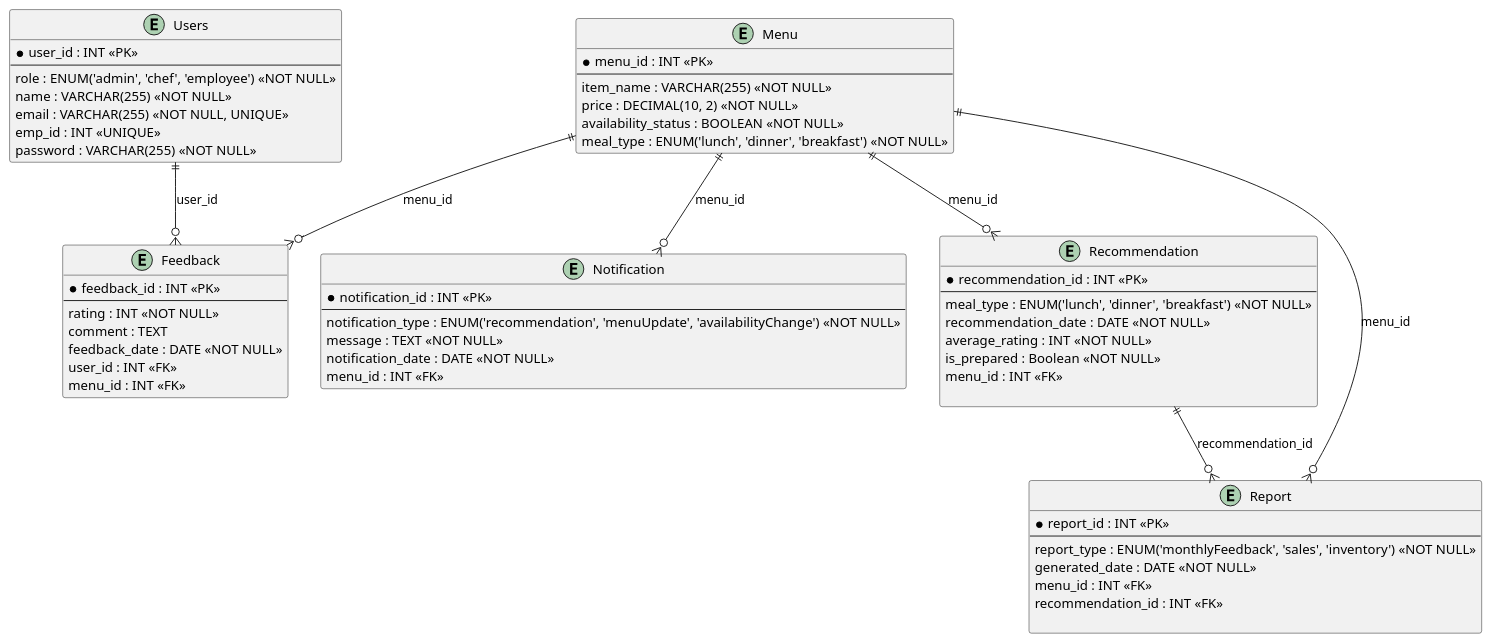
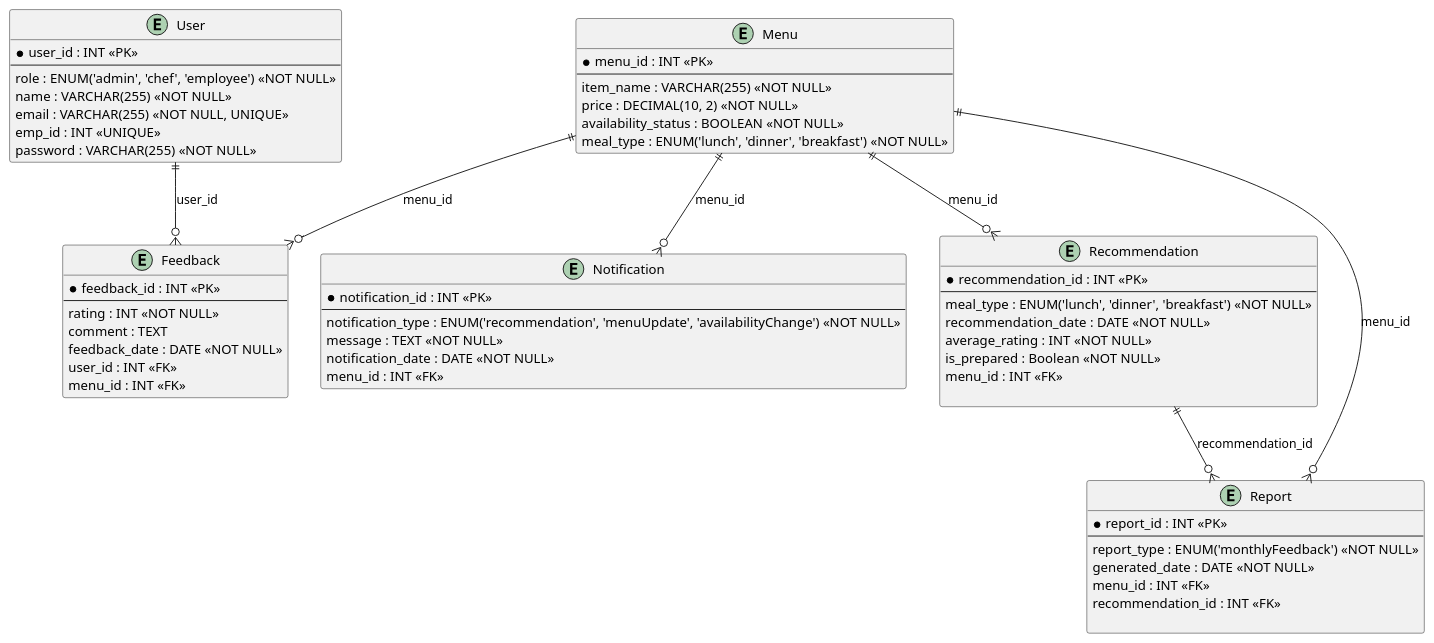
One commit to kaushik73/cafeteria-management-system changed the diagram in diagrams/erDiagram.puml. Above: the diagram before and after it, drawn with PlantUML. The commit also changed 24 other files, not shown here.

```diff
--- a/diagrams/erDiagram.puml
+++ b/diagrams/erDiagram.puml
@@ -1,67 +1,67 @@
 @startuml
-entity Users {
+entity User {
     * user_id : INT <<PK>>
     --
     role : ENUM('admin', 'chef', 'employee') <<NOT NULL>>
     name : VARCHAR(255) <<NOT NULL>>
     email : VARCHAR(255) <<NOT NULL, UNIQUE>>
     emp_id : INT <<UNIQUE>>
     password : VARCHAR(255) <<NOT NULL>>
 }
 
 entity Menu {
     * menu_id : INT <<PK>>
     --
     item_name : VARCHAR(255) <<NOT NULL>>
     price : DECIMAL(10, 2) <<NOT NULL>>
     availability_status : BOOLEAN <<NOT NULL>>
     meal_type : ENUM('lunch', 'dinner', 'breakfast') <<NOT NULL>>
 }
 
 entity Feedback {
     * feedback_id : INT <<PK>>
     --
     rating : INT <<NOT NULL>>
     comment : TEXT
     feedback_date : DATE <<NOT NULL>>
     user_id : INT <<FK>>
     menu_id : INT <<FK>>
 }
 
 entity Notification {
     * notification_id : INT <<PK>>
     --
     notification_type : ENUM('recommendation', 'menuUpdate', 'availabilityChange') <<NOT NULL>>
     message : TEXT <<NOT NULL>>
     notification_date : DATE <<NOT NULL>>
     menu_id : INT <<FK>>
 }
 
 entity Recommendation {
     * recommendation_id : INT <<PK>>
     --
     meal_type : ENUM('lunch', 'dinner', 'breakfast') <<NOT NULL>>
     recommendation_date : DATE <<NOT NULL>>
     average_rating : INT <<NOT NULL>>
     is_prepared : Boolean <<NOT NULL>>
     menu_id : INT <<FK>>
 
 }
 
 entity Report {
     * report_id : INT <<PK>>
     --
-    report_type : ENUM('monthlyFeedback', 'sales', 'inventory') <<NOT NULL>>
+    report_type : ENUM('monthlyFeedback') <<NOT NULL>>
     generated_date : DATE <<NOT NULL>>
     menu_id : INT <<FK>>
     recommendation_id : INT <<FK>>
 
 }
 
-Users ||--o{ Feedback : "user_id"
+User ||--o{ Feedback : "user_id"
 Menu ||--o{ Feedback : "menu_id"
 Menu ||--o{ Notification : "menu_id"
 Menu ||--o{ Recommendation : "menu_id"
 Menu ||--o{ Report : "menu_id"
 Recommendation ||--o{ Report :recommendation_id
 @enduml
```
